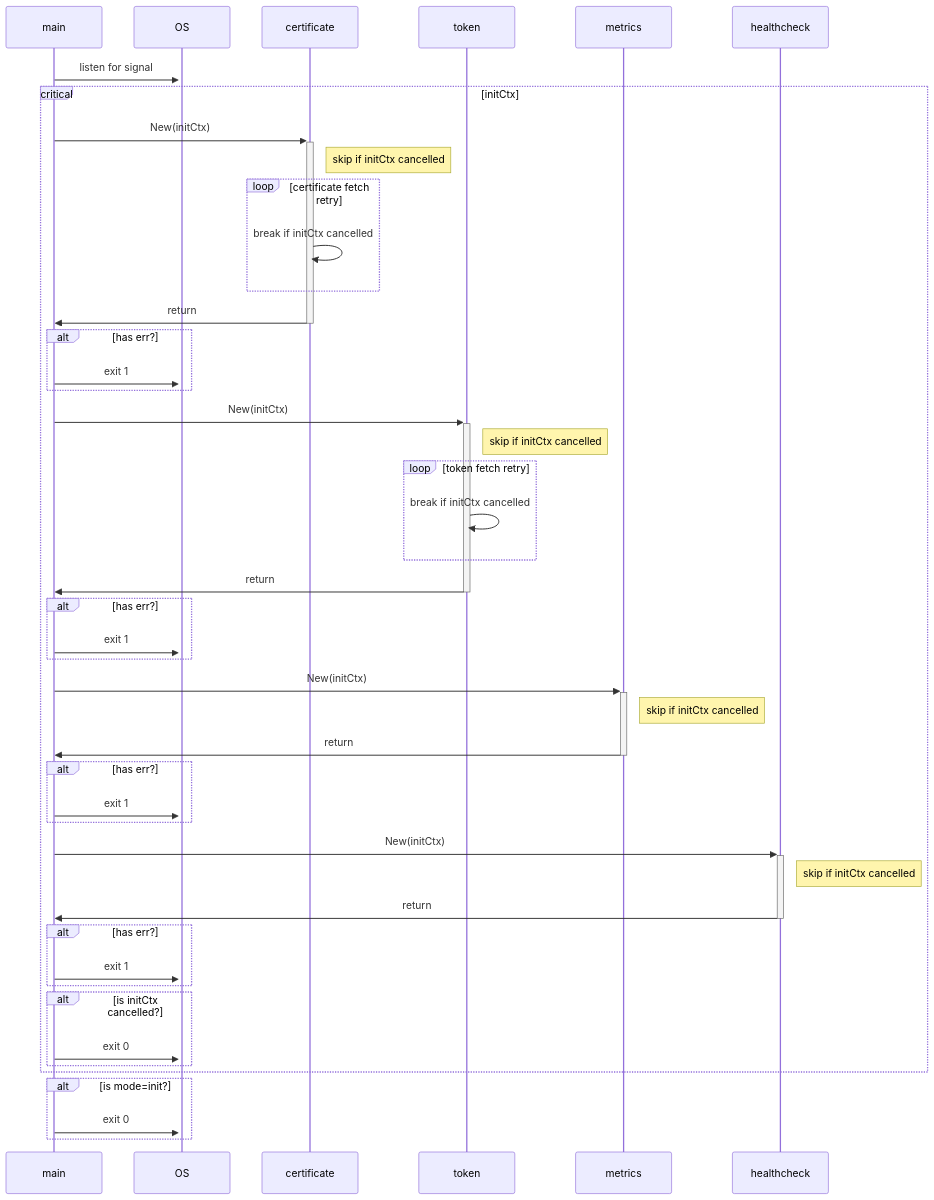
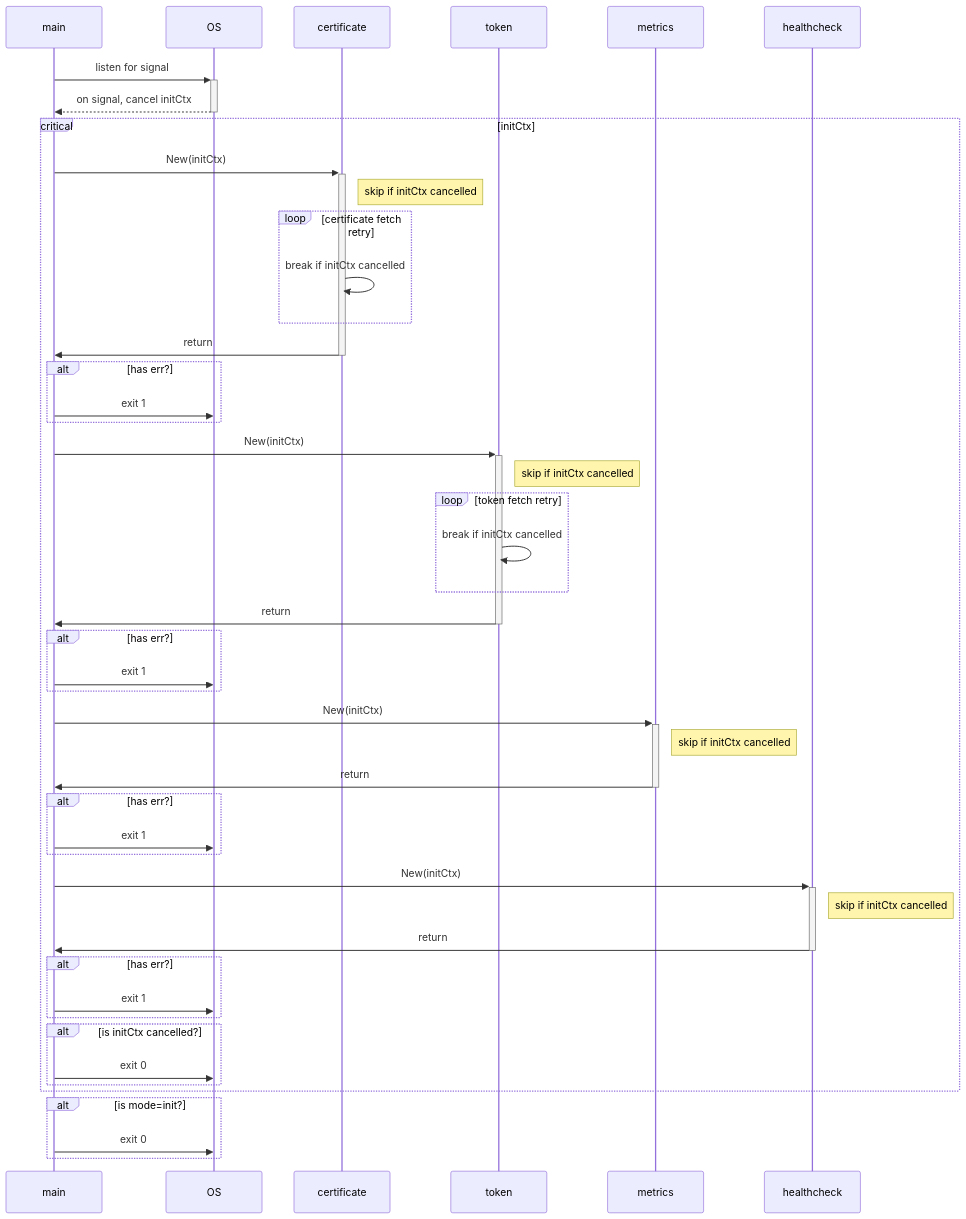
One commit to AthenZ/k8s-athenz-sia changed the diagram in docs/development/mode=init.md. Above: the diagram before and after it, drawn with Mermaid. The commit also changed 1 other file, not shown here.

````diff
--- a/docs/development/mode=init.md
+++ b/docs/development/mode=init.md
@@ -24,45 +24,46 @@
 ```mermaid
 sequenceDiagram
     main->>+OS: listen for signal
+    OS-->>-main: on signal, cancel initCtx
 
     critical initCtx
     main->>+certificate: New(initCtx)
     Note right of certificate: skip if initCtx cancelled
     loop certificate fetch retry
         certificate->>certificate: break if initCtx cancelled
     end
     certificate->>-main: return
     alt has err?
         main->>OS: exit 1
     end
     main->>+token: New(initCtx)
     Note right of token: skip if initCtx cancelled
     loop token fetch retry
         token->>token: break if initCtx cancelled
     end
     token->>-main: return
     alt has err?
         main->>OS: exit 1
     end
     main->>+metrics: New(initCtx)
     Note right of metrics: skip if initCtx cancelled
     metrics->>-main: return
     alt has err?
         main->>OS: exit 1
     end
     main->>+healthcheck: New(initCtx)
     Note right of healthcheck: skip if initCtx cancelled
     healthcheck->>-main: return
     alt has err?
         main->>OS: exit 1
     end
 
     alt is initCtx cancelled?
         main->>OS: exit 0
     end
     end
 
     alt is mode=init?
         main->>OS: exit 0
     end
 ```
````
